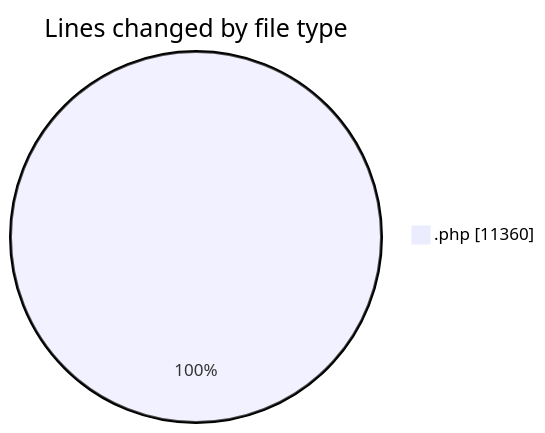
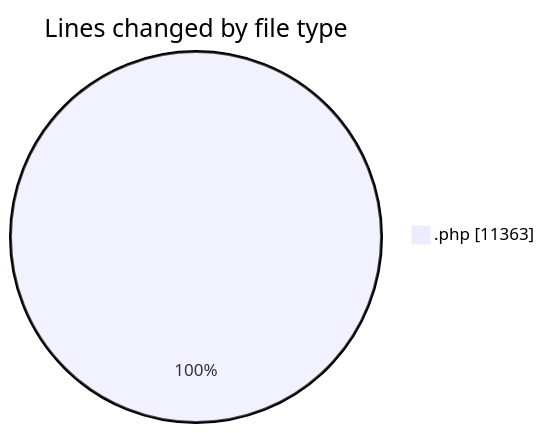
Before and after one commit to vahidmafi/code-tracking: the first of 2 diagrams in 2025-11-09/shop/README.md, drawn with Mermaid. The commit also changed other lines of this file and 1 other file, not shown here.

````diff
--- a/2025-11-09/shop/README.md
+++ b/2025-11-09/shop/README.md
@@ -81,5 +81,5 @@
 ```mermaid
 pie showData
 title Lines changed by file type
-".php" : 11360
+".php" : 11363
 ```
````
